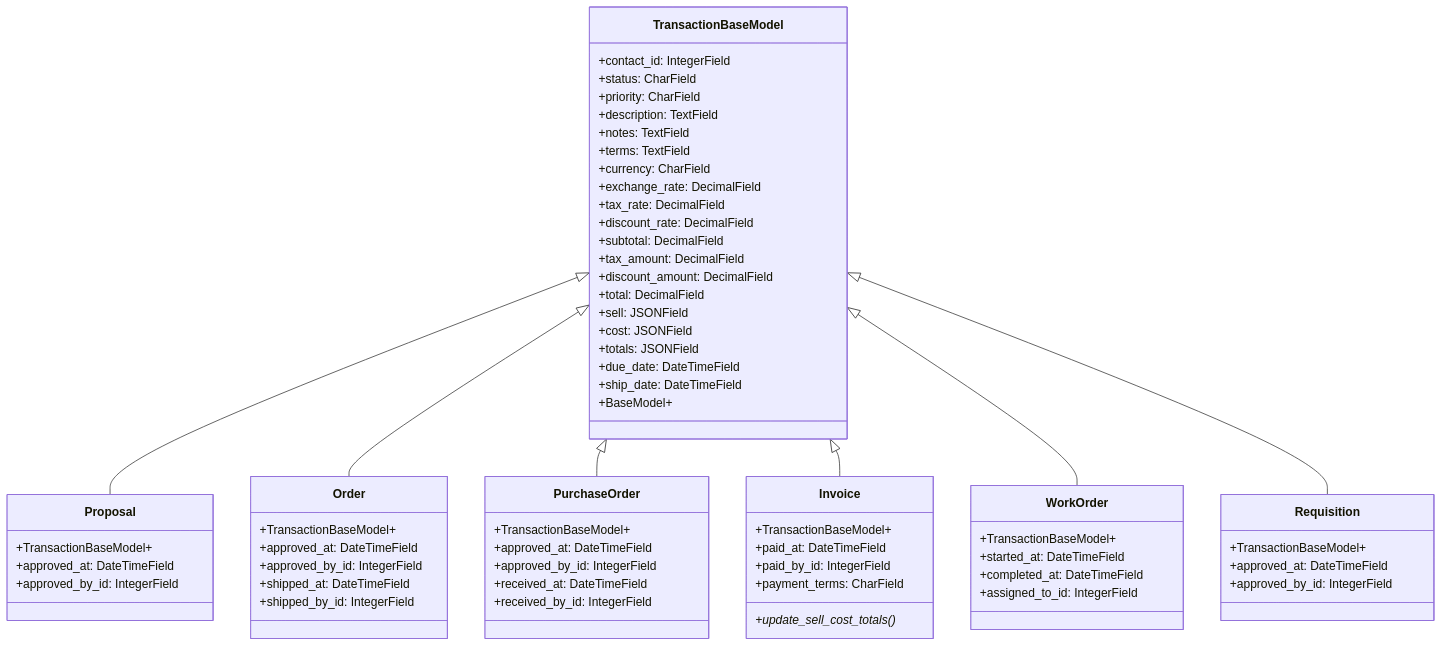
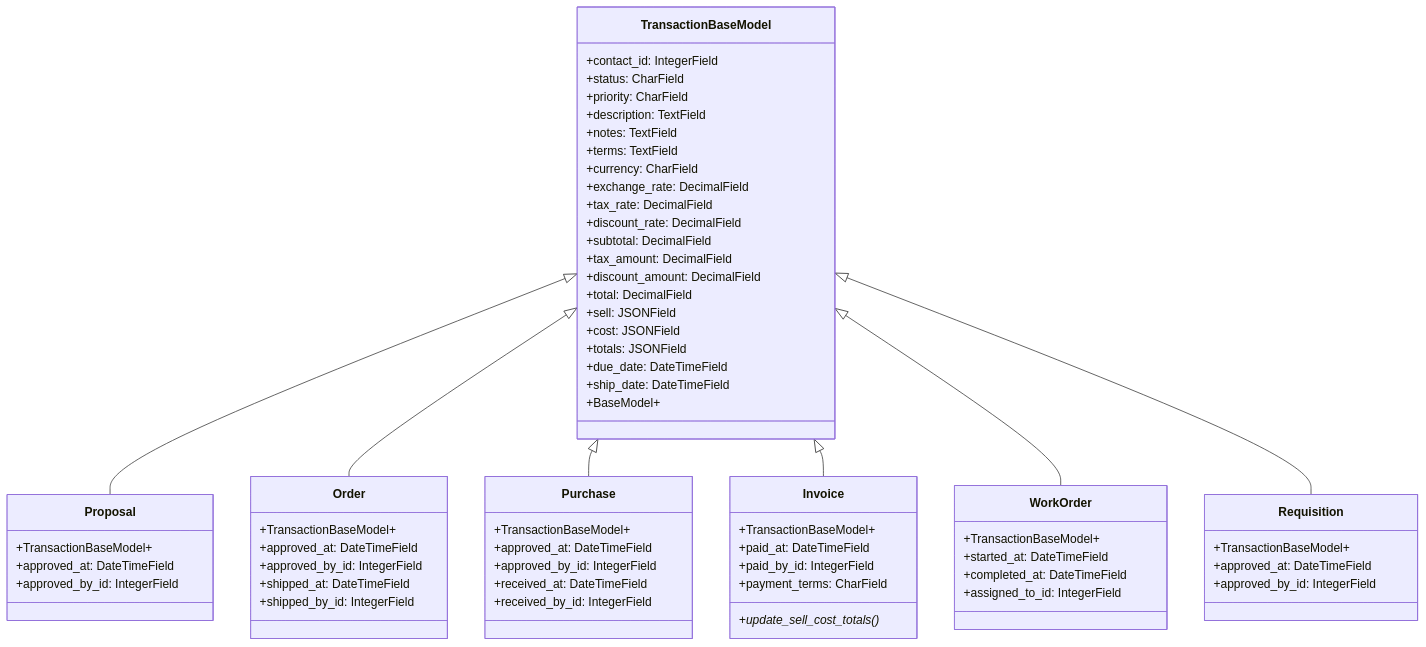
One commit to JPods/WebClerk changed the third of 6 diagrams in readmes/topics/models/webclerk3_data_models.md. Above: the diagram before and after it, drawn with Mermaid. The commit also changed other lines of this file and 70 other files, not shown here.

Commit message:
clean up purchase_order

````diff
--- a/readmes/topics/models/webclerk3_data_models.md
+++ b/readmes/topics/models/webclerk3_data_models.md
@@ -226,75 +226,75 @@
 ```mermaid
 classDiagram
     class TransactionBaseModel {
         +contact_id: IntegerField
         +status: CharField
         +priority: CharField
         +description: TextField
         +notes: TextField
         +terms: TextField
         +currency: CharField
         +exchange_rate: DecimalField
         +tax_rate: DecimalField
         +discount_rate: DecimalField
         +subtotal: DecimalField
         +tax_amount: DecimalField
         +discount_amount: DecimalField
         +total: DecimalField
         +sell: JSONField
         +cost: JSONField
         +totals: JSONField
         +due_date: DateTimeField
         +ship_date: DateTimeField
         +BaseModel+
     }
 
     class Proposal {
         +TransactionBaseModel+
         +approved_at: DateTimeField
         +approved_by_id: IntegerField
     }
 
     class Order {
         +TransactionBaseModel+
         +approved_at: DateTimeField
         +approved_by_id: IntegerField
         +shipped_at: DateTimeField
         +shipped_by_id: IntegerField
     }
 
-    class PurchaseOrder {
+    class Purchase {
         +TransactionBaseModel+
         +approved_at: DateTimeField
         +approved_by_id: IntegerField
         +received_at: DateTimeField
         +received_by_id: IntegerField
     }
 
     class Invoice {
         +TransactionBaseModel+
         +paid_at: DateTimeField
         +paid_by_id: IntegerField
         +payment_terms: CharField
         +update_sell_cost_totals()*
     }
 
     class WorkOrder {
         +TransactionBaseModel+
         +started_at: DateTimeField
         +completed_at: DateTimeField
         +assigned_to_id: IntegerField
     }
 
     class Requisition {
         +TransactionBaseModel+
         +approved_at: DateTimeField
         +approved_by_id: IntegerField
     }
 
     TransactionBaseModel <|-- Proposal
     TransactionBaseModel <|-- Order
-    TransactionBaseModel <|-- PurchaseOrder
+    TransactionBaseModel <|-- Purchase
     TransactionBaseModel <|-- Invoice
     TransactionBaseModel <|-- WorkOrder
     TransactionBaseModel <|-- Requisition
 ```
````
